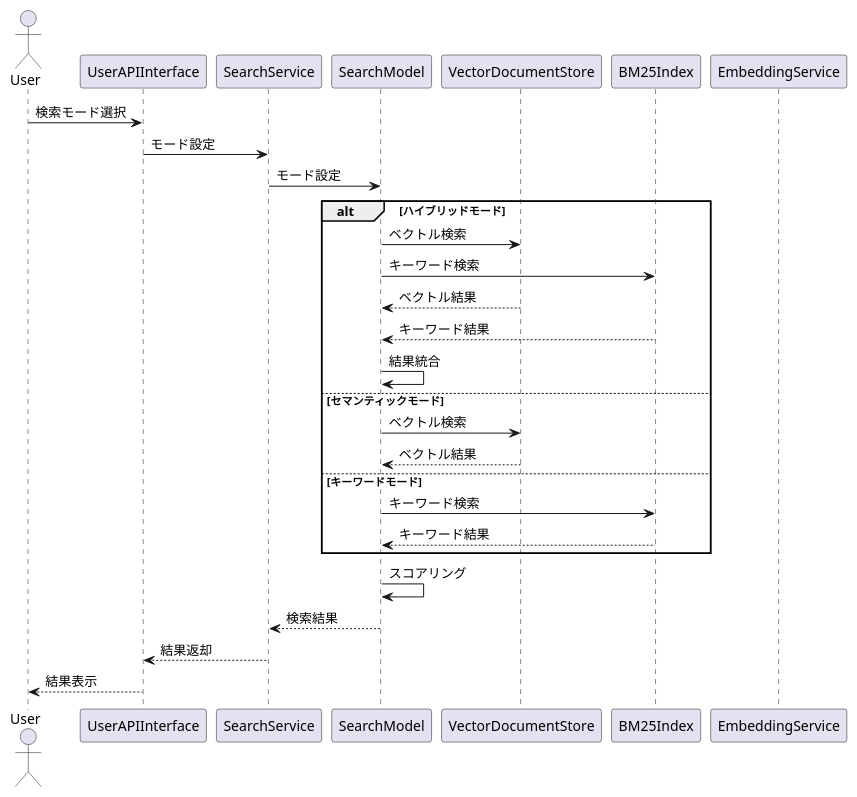
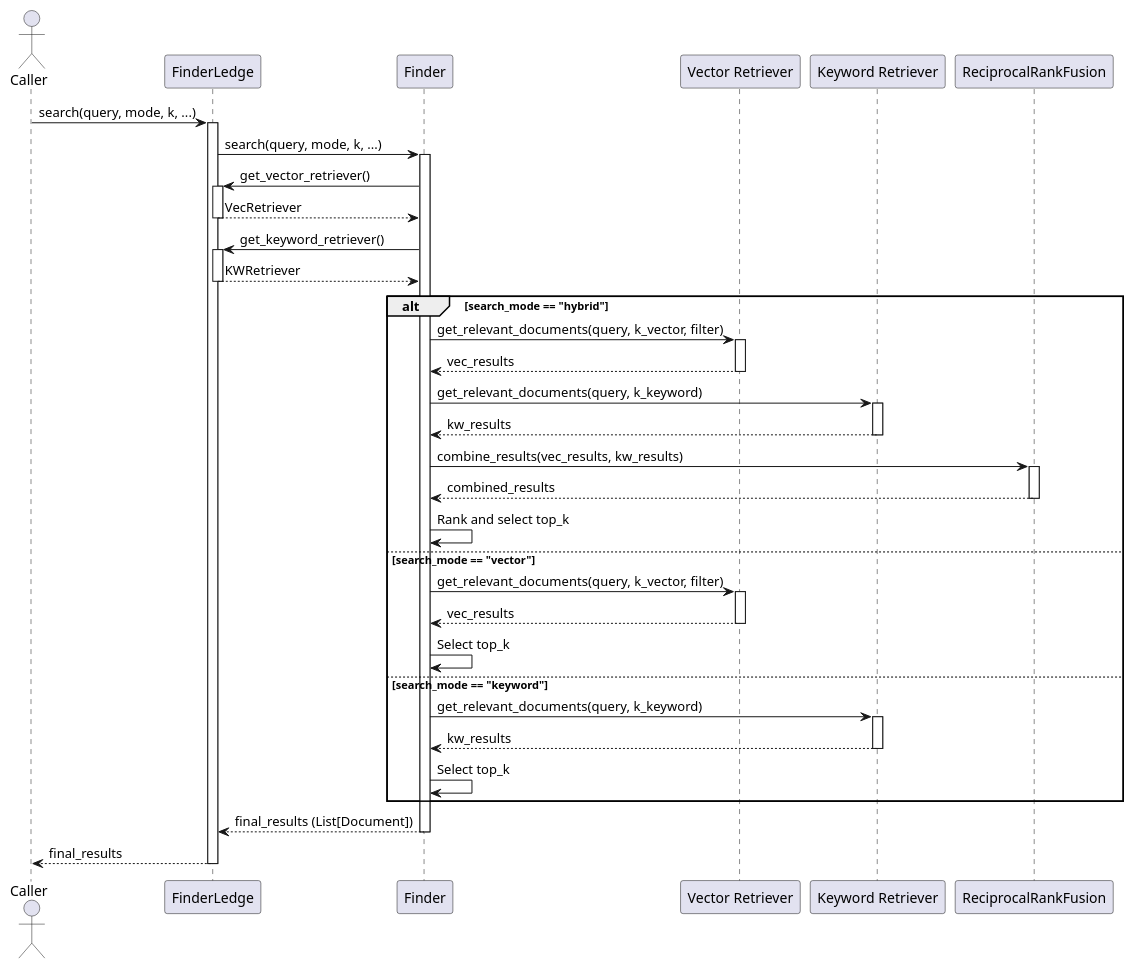
Before and after one commit to kitfactory/findaledge: the fourth of 6 diagrams in docs/function_spec.md, drawn with PlantUML. The commit also changed other lines of this file and 3 other files, not shown here.

````diff
--- a/docs/function_spec.md
+++ b/docs/function_spec.md
@@ -155,32 +191,56 @@
 ```plantuml
 @startuml
-actor User
-participant "UserAPIInterface" as API
-participant "SearchService" as SS
-participant "SearchModel" as SM
-participant "VectorDocumentStore" as VS
-participant "BM25Index" as BM25
-participant "EmbeddingService" as ES
+actor Caller
+participant "FinderLedge" as Ledge
+participant "Finder" as Finder
+participant "Vector Retriever" as VecRetriever
+participant "Keyword Retriever" as KWRetriever
+participant "ReciprocalRankFusion" as RRF
 
-User -> API: 検索モード選択
-API -> SS: モード設定
-SS -> SM: モード設定
-alt ハイブリッドモード
-    SM -> VS: ベクトル検索
-    SM -> BM25: キーワード検索
-    VS --> SM: ベクトル結果
-    BM25 --> SM: キーワード結果
-    SM -> SM: 結果統合
-else セマンティックモード
-    SM -> VS: ベクトル検索
-    VS --> SM: ベクトル結果
-else キーワードモード
-    SM -> BM25: キーワード検索
-    BM25 --> SM: キーワード結果
+Caller -> Ledge : search(query, mode, k, ...)
+activate Ledge
+Ledge -> Finder : search(query, mode, k, ...)
+activate Finder
+Finder -> Ledge : get_vector_retriever()
+activate Ledge
+Ledge --> Finder : VecRetriever
+deactivate Ledge
+Finder -> Ledge : get_keyword_retriever()
+activate Ledge
+Ledge --> Finder : KWRetriever
+deactivate Ledge
+
+alt search_mode == "hybrid"
+    Finder -> VecRetriever : get_relevant_documents(query, k_vector, filter)
+    activate VecRetriever
+    VecRetriever --> Finder : vec_results
+    deactivate VecRetriever
+    Finder -> KWRetriever : get_relevant_documents(query, k_keyword)
+    activate KWRetriever
+    KWRetriever --> Finder : kw_results
+    deactivate KWRetriever
+    Finder -> RRF : combine_results(vec_results, kw_results)
+    activate RRF
+    RRF --> Finder : combined_results
+    deactivate RRF
+    Finder -> Finder : Rank and select top_k
+else search_mode == "vector"
+    Finder -> VecRetriever : get_relevant_documents(query, k_vector, filter)
+    activate VecRetriever
+    VecRetriever --> Finder : vec_results
+    deactivate VecRetriever
+    Finder -> Finder : Select top_k
+else search_mode == "keyword"
+    Finder -> KWRetriever : get_relevant_documents(query, k_keyword)
+    activate KWRetriever
+    KWRetriever --> Finder : kw_results
+    deactivate KWRetriever
+    Finder -> Finder : Select top_k
 end
-SM -> SM: スコアリング
-SM --> SS: 検索結果
-SS --> API: 結果返却
-API --> User: 結果表示
+
+Finder --> Ledge : final_results (List[Document])
+deactivate Finder
+Ledge --> Caller : final_results
+deactivate Ledge
 @enduml
 ```
````
